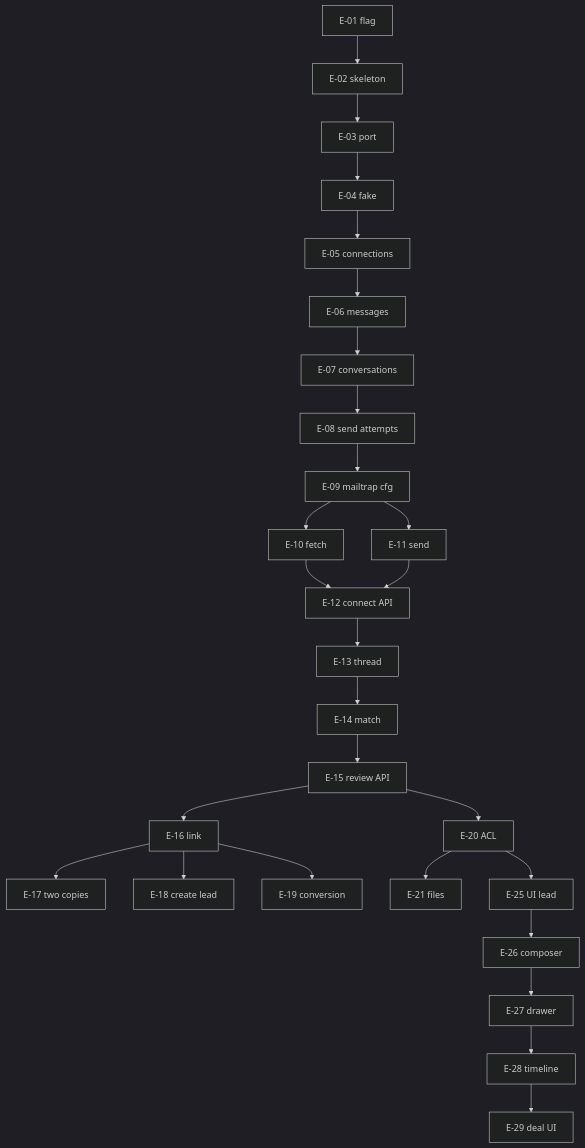
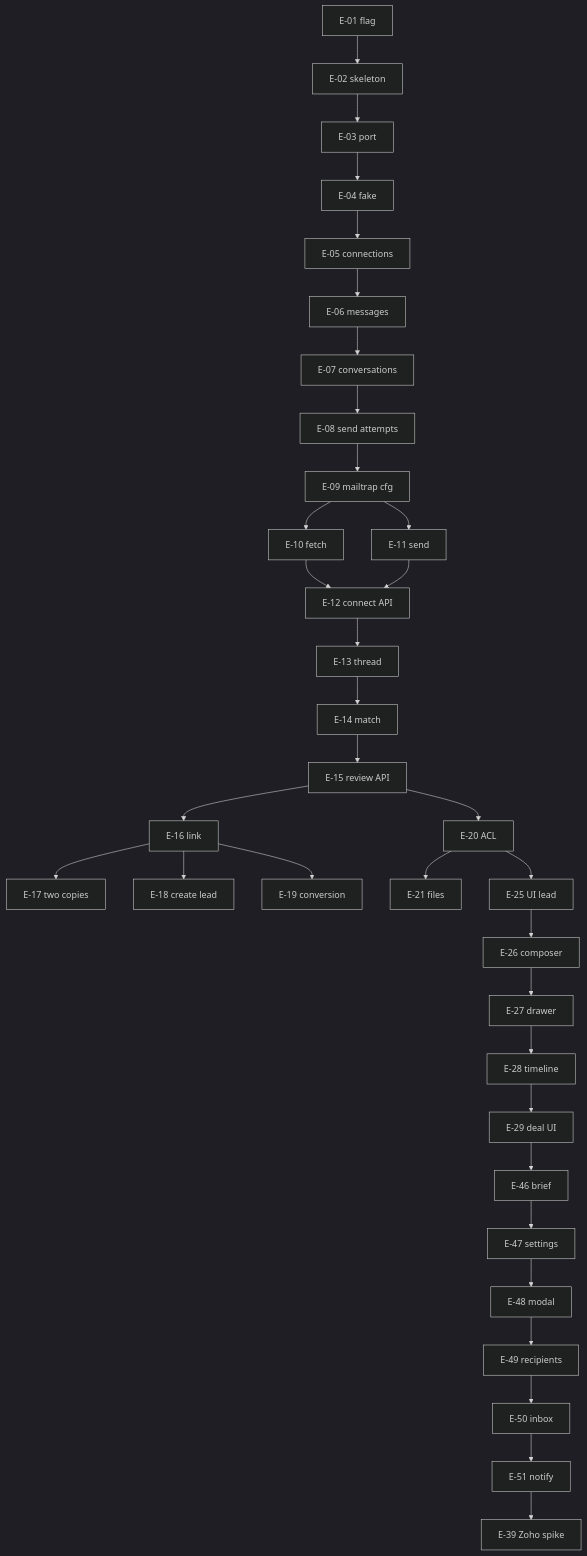
The diagram in docs/email/checklist.md (HIBARR-Estates/hibarr-crm), drawn with Mermaid (dark theme) before and after one commit. The commit also changed other lines of this file and 25 other files, not shown here.

````diff
--- a/docs/email/checklist.md
+++ b/docs/email/checklist.md
@@ -21,29 +21,36 @@
 ```mermaid
 flowchart TD
   E01[E-01 flag] --> E02[E-02 skeleton]
   E02 --> E03[E-03 port]
   E03 --> E04[E-04 fake]
   E04 --> E05[E-05 connections]
   E05 --> E06[E-06 messages]
   E06 --> E07[E-07 conversations]
   E07 --> E08[E-08 send attempts]
   E08 --> E09[E-09 mailtrap cfg]
   E09 --> E10[E-10 fetch]
   E09 --> E11[E-11 send]
   E10 --> E12[E-12 connect API]
   E11 --> E12
   E12 --> E13[E-13 thread]
   E13 --> E14[E-14 match]
   E14 --> E15[E-15 review API]
   E15 --> E16[E-16 link]
   E16 --> E17[E-17 two copies]
   E16 --> E18[E-18 create lead]
   E16 --> E19[E-19 conversion]
   E15 --> E20[E-20 ACL]
   E20 --> E21[E-21 files]
   E20 --> E25[E-25 UI lead]
   E25 --> E26[E-26 composer]
   E26 --> E27[E-27 drawer]
   E27 --> E28[E-28 timeline]
   E28 --> E29[E-29 deal UI]
+  E29 --> E46[E-46 brief]
+  E46 --> E47[E-47 settings]
+  E47 --> E48[E-48 modal]
+  E48 --> E49[E-49 recipients]
+  E49 --> E50[E-50 inbox]
+  E50 --> E51[E-51 notify]
+  E51 --> E39[E-39 Zoho spike]
 ```
````
